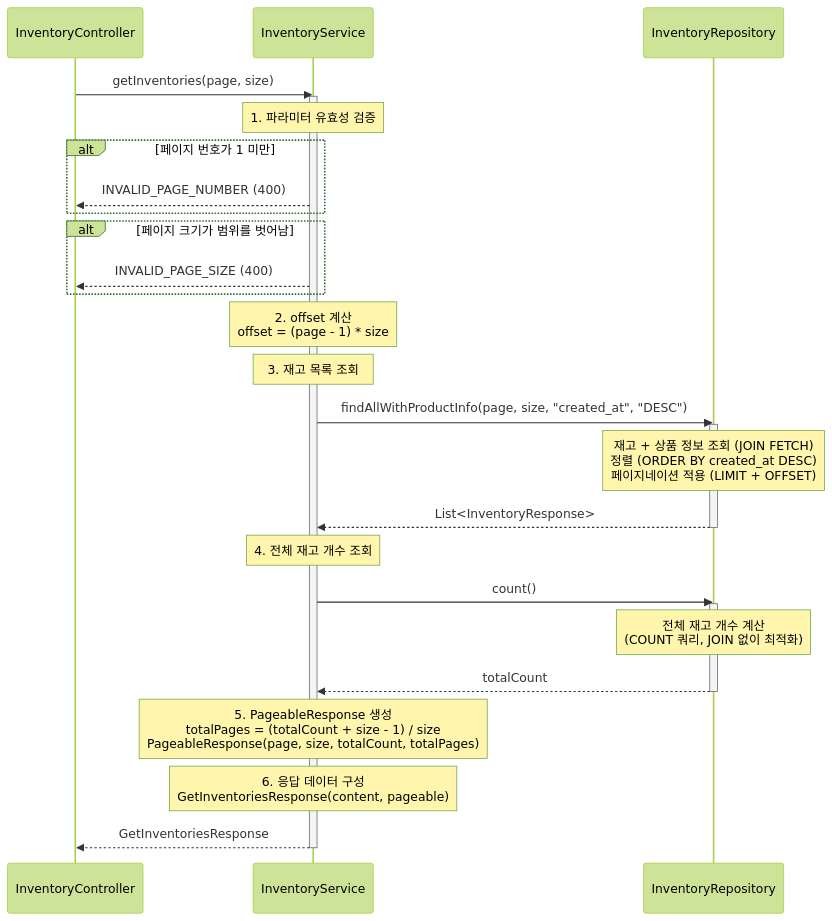
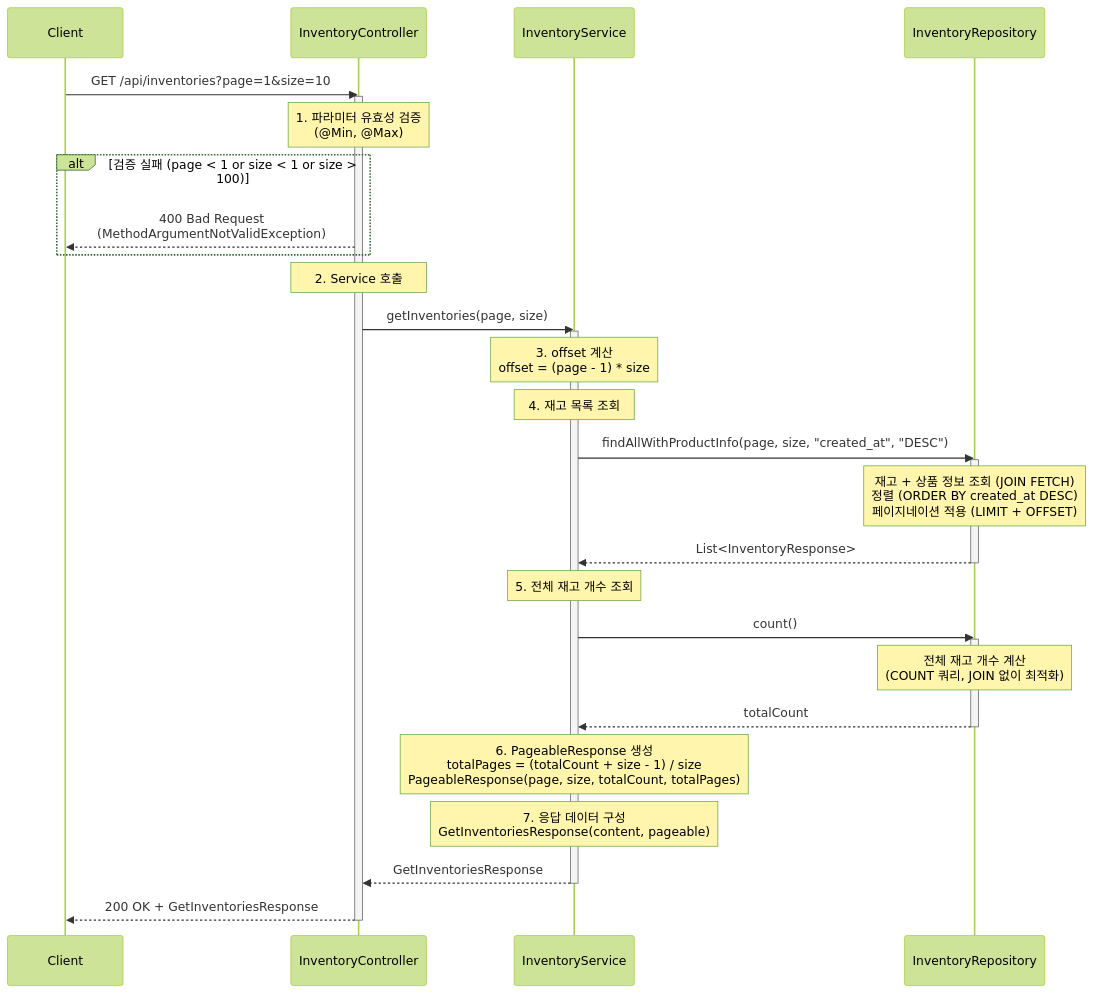
The diagram in docs/api/inventory/get-inventories.md (edit8080/commerce-api), drawn with Mermaid (forest theme) before and after one commit. The commit also changed other lines of this file and 5 other files, not shown here.

````diff
--- a/docs/api/inventory/get-inventories.md
+++ b/docs/api/inventory/get-inventories.md
@@ -275,44 +226,49 @@
 ```mermaid
 sequenceDiagram
+    participant Client as Client
     participant Controller as InventoryController
     participant Service as InventoryService
     participant InventoryRepo as InventoryRepository
 
+    Client->>Controller: GET /api/inventories?page=1&size=10
+    activate Controller
+
+    Note over Controller: 1. 파라미터 유효성 검증<br/>(@Min, @Max)
+
+    alt 검증 실패 (page < 1 or size < 1 or size > 100)
+        Controller-->>Client: 400 Bad Request<br/>(MethodArgumentNotValidException)
+    end
+
+    Note over Controller: 2. Service 호출
+
     Controller->>Service: getInventories(page, size)
     activate Service
 
-    Note over Service: 1. 파라미터 유효성 검증
+    Note over Service: 3. offset 계산<br/>offset = (page - 1) * size
 
-    alt 페이지 번호가 1 미만
-        Service-->>Controller: INVALID_PAGE_NUMBER (400)
-    end
-
-    alt 페이지 크기가 범위를 벗어남
-        Service-->>Controller: INVALID_PAGE_SIZE (400)
-    end
-
-    Note over Service: 2. offset 계산<br/>offset = (page - 1) * size
-
-    Note over Service: 3. 재고 목록 조회
+    Note over Service: 4. 재고 목록 조회
 
     Service->>InventoryRepo: findAllWithProductInfo(page, size, "created_at", "DESC")
     activate InventoryRepo
     Note over InventoryRepo: 재고 + 상품 정보 조회 (JOIN FETCH)<br/>정렬 (ORDER BY created_at DESC)<br/>페이지네이션 적용 (LIMIT + OFFSET)
     InventoryRepo-->>Service: List<InventoryResponse>
     deactivate InventoryRepo
 
-    Note over Service: 4. 전체 재고 개수 조회
+    Note over Service: 5. 전체 재고 개수 조회
 
     Service->>InventoryRepo: count()
     activate InventoryRepo
     Note over InventoryRepo: 전체 재고 개수 계산<br/>(COUNT 쿼리, JOIN 없이 최적화)
     InventoryRepo-->>Service: totalCount
     deactivate InventoryRepo
 
-    Note over Service: 5. PageableResponse 생성<br/>totalPages = (totalCount + size - 1) / size<br/>PageableResponse(page, size, totalCount, totalPages)
+    Note over Service: 6. PageableResponse 생성<br/>totalPages = (totalCount + size - 1) / size<br/>PageableResponse(page, size, totalCount, totalPages)
 
-    Note over Service: 6. 응답 데이터 구성<br/>GetInventoriesResponse(content, pageable)
+    Note over Service: 7. 응답 데이터 구성<br/>GetInventoriesResponse(content, pageable)
 
     Service-->>Controller: GetInventoriesResponse
     deactivate Service
+
+    Controller-->>Client: 200 OK + GetInventoriesResponse
+    deactivate Controller
 ```
````
